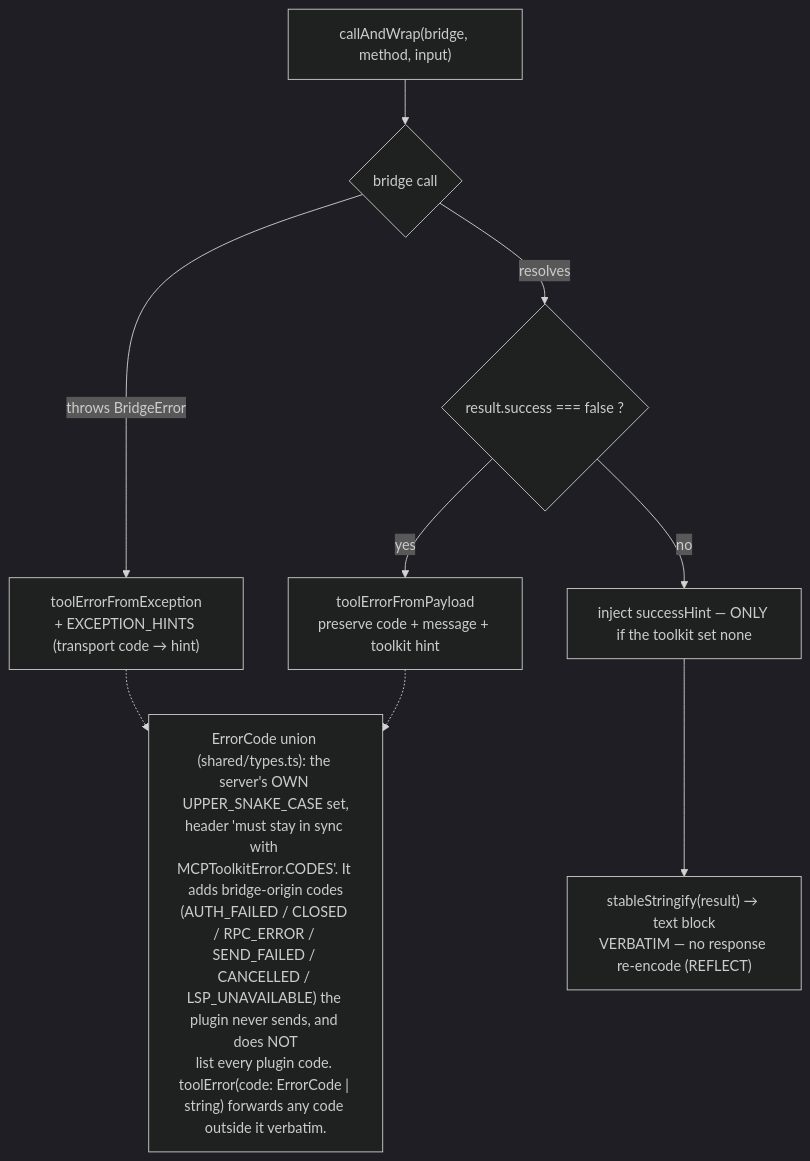
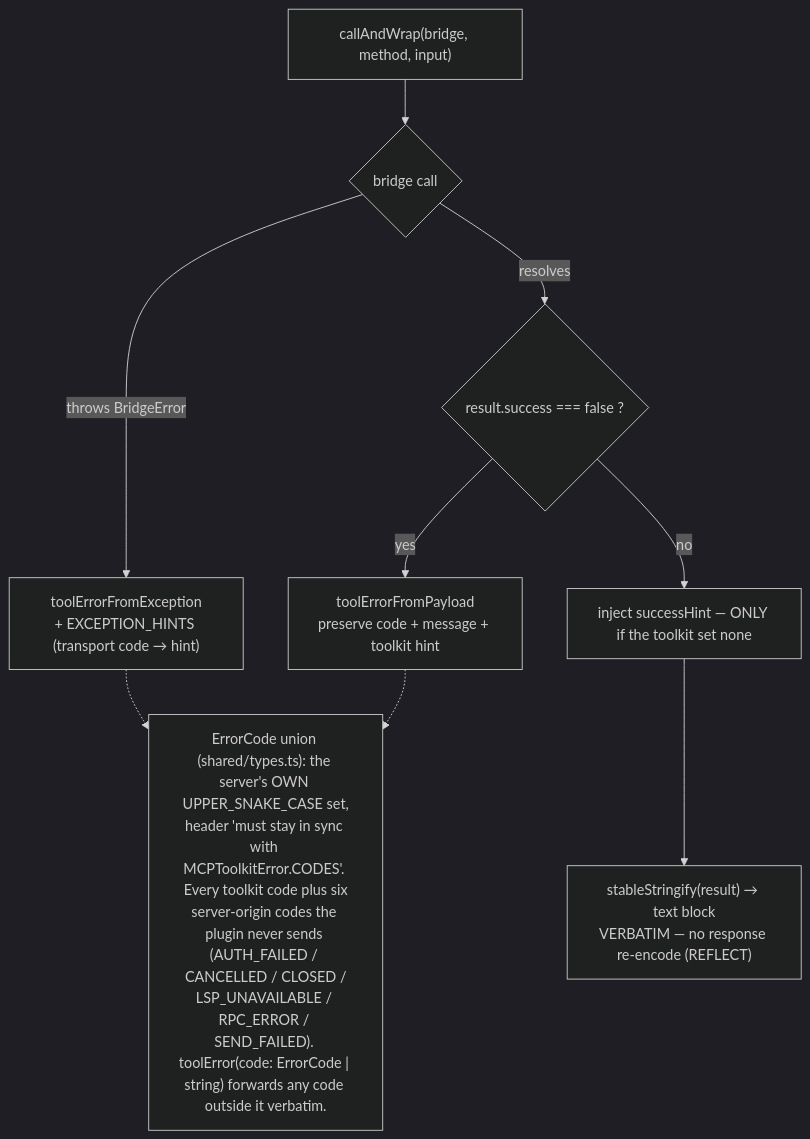
One commit to NPGameDev/godot-mcp-server changed the seventh of 13 diagrams in docs/architecture/README.md. Above: the diagram before and after it, drawn with Mermaid (dark theme). The commit also changed other lines of this file, not shown here.

Commit message:
docs(arch): re-attest the figures that depict the startup path and error types

````diff
--- a/docs/architecture/README.md
+++ b/docs/architecture/README.md
@@ -416,12 +422,12 @@
 ```mermaid
 flowchart TD
     call["callAndWrap(bridge, method, input)"] --> br{"bridge call"}
     br -->|"throws BridgeError"| exc["toolErrorFromException<br/>+ EXCEPTION_HINTS (transport code → hint)"]
     br -->|"resolves"| payload{"result.success === false ?"}
     payload -->|"yes"| pe["toolErrorFromPayload<br/>preserve code + message + toolkit hint"]
     payload -->|"no"| hint["inject successHint — ONLY if the toolkit set none"]
     hint --> reflect["stableStringify(result) → text block<br/>VERBATIM — no response re-encode (REFLECT)"]
-    note["ErrorCode union (shared/types.ts): the server's OWN UPPER_SNAKE_CASE set,<br/>header 'must stay in sync with MCPToolkitError.CODES'. It adds bridge-origin codes<br/>(AUTH_FAILED / CLOSED / RPC_ERROR / SEND_FAILED / CANCELLED / LSP_UNAVAILABLE) the plugin never sends, and does NOT<br/>list every plugin code. toolError(code: ErrorCode | string) forwards any code outside it verbatim."]
+    note["ErrorCode union (shared/types.ts): the server's OWN UPPER_SNAKE_CASE set,<br/>header 'must stay in sync with MCPToolkitError.CODES'. Every toolkit code plus six<br/>server-origin codes the plugin never sends (AUTH_FAILED / CANCELLED / CLOSED /<br/>LSP_UNAVAILABLE / RPC_ERROR / SEND_FAILED). toolError(code: ErrorCode | string) forwards any code outside it verbatim."]
     exc -.-> note
     pe -.-> note
 ```
````
